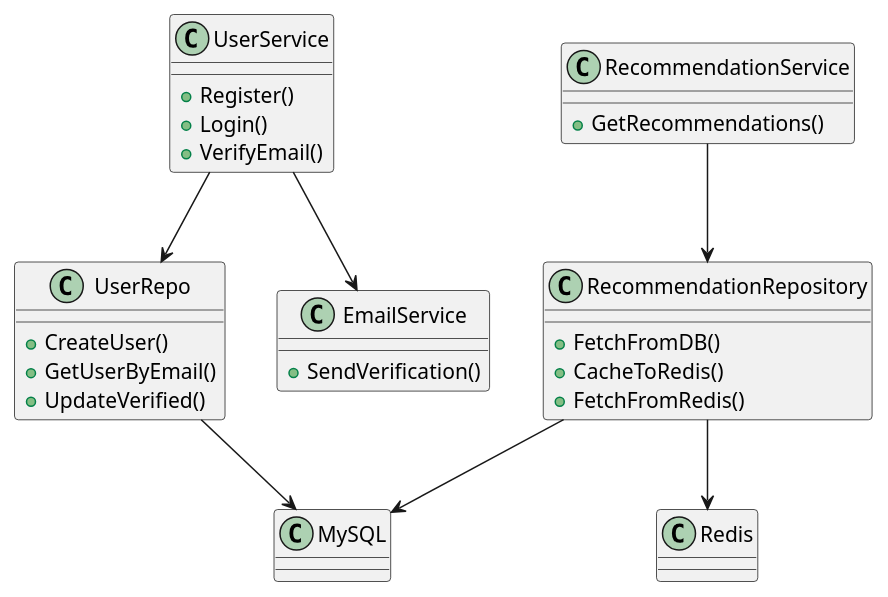
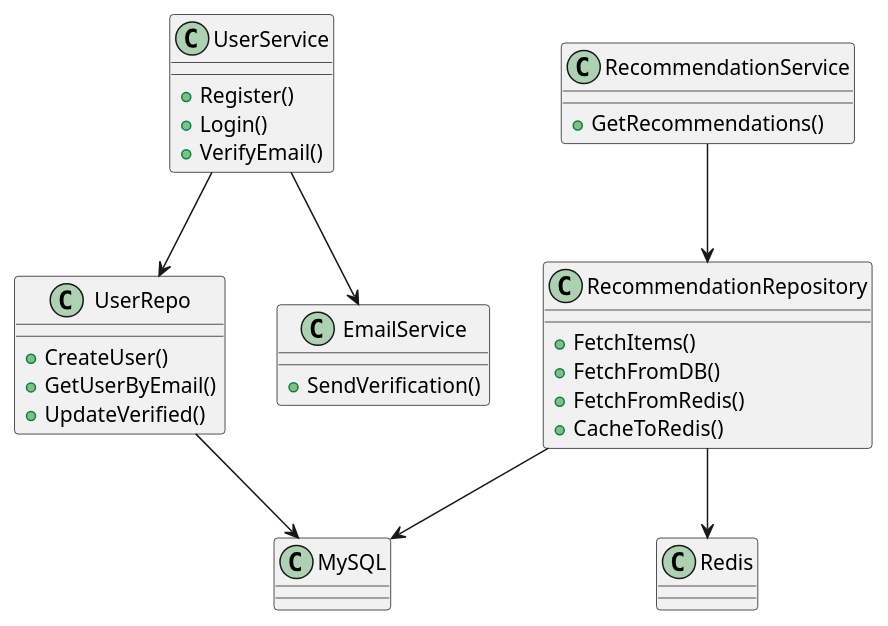
One commit to monemo12/glossika-assignment changed the diagram in docs/architecture.plantuml. Above: the diagram before and after it, drawn with PlantUML. The commit also changed 4 other files, not shown here.

Commit message:
Update README and architecture documentation; refactor recommendation model and repository to include score attribute, and enhance Redis caching logic for recommendations

```diff
--- a/docs/architecture.plantuml
+++ b/docs/architecture.plantuml
@@ -1,46 +1,47 @@
 @startuml
 
 ' 定義 UserService 與其相依元件
 class UserService {
     +Register()
     +Login()
     +VerifyEmail()
 }
 
 class UserRepo {
     +CreateUser()
     +GetUserByEmail()
     +UpdateVerified()
 }
 
 class MySQL
 
 UserService --> UserRepo
 UserRepo --> MySQL
 
 ' RecommendationService 部分
 class RecommendationService {
     +GetRecommendations()
 }
 
 class RecommendationRepository {
+    +FetchItems()
     +FetchFromDB()
+    +FetchFromRedis()
     +CacheToRedis()
-    +FetchFromRedis()
 }
 
 RecommendationService --> RecommendationRepository
 
 class Redis
 
 RecommendationRepository --> Redis
 RecommendationRepository --> MySQL
 
 ' EmailService
 class EmailService {
     +SendVerification()
 }
 
 UserService --> EmailService
 
 @enduml
```
